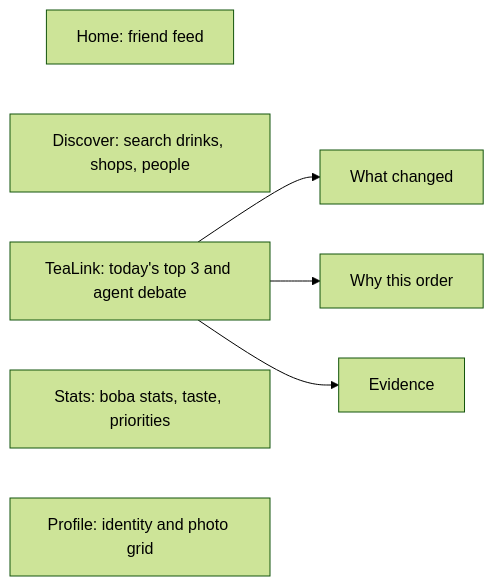
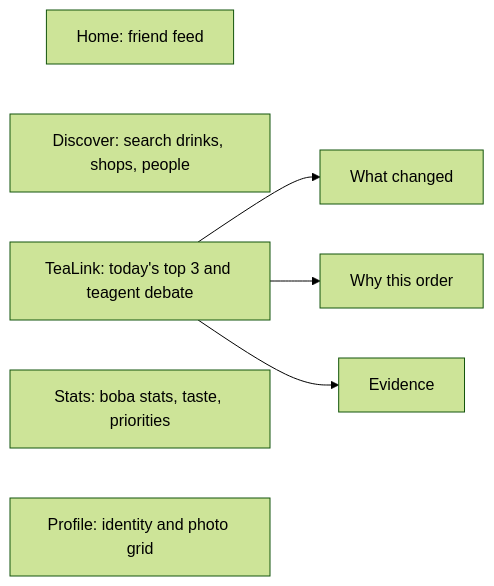
Before and after one commit to CantBush/TeaLink: the first of 2 diagrams in docs/PLAN.md, drawn with Mermaid (forest theme). The commit also changed other lines of this file and 68 other files, not shown here.

````diff
--- a/docs/PLAN.md
+++ b/docs/PLAN.md
@@ -318,11 +318,11 @@
 ```mermaid
 flowchart LR
   Home["Home: friend feed"]
   Discover["Discover: search drinks, shops, people"]
-  TeaLink["TeaLink: today's top 3 and agent debate"]
+  TeaLink["TeaLink: today's top 3 and teagent debate"]
   Stats["Stats: boba stats, taste, priorities"]
   Profile["Profile: identity and photo grid"]
   TeaLink --> WhatChanged[What changed]
   TeaLink --> WhyThis[Why this order]
   TeaLink --> Evidence[Evidence]
 ```
````
